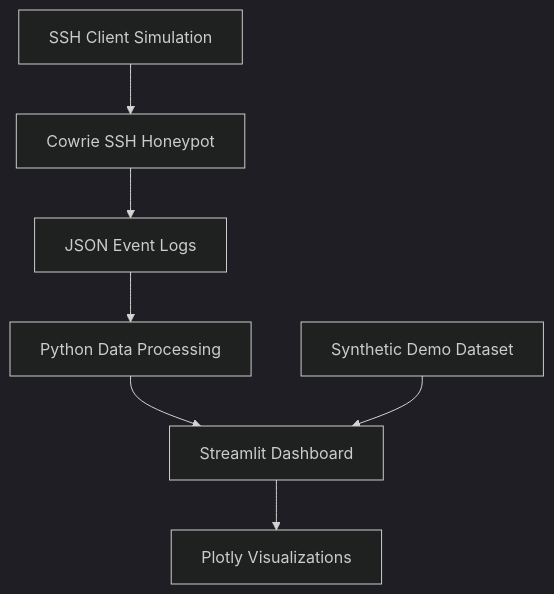
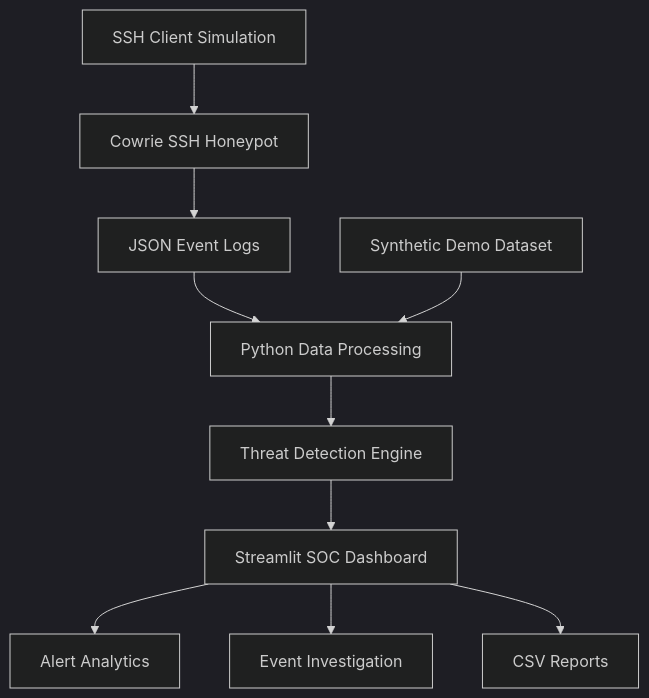
One commit to faizan69-don/cowrie-honeypot-dashboard changed the diagram in README.md. Above: the diagram before and after it, drawn with Mermaid (dark theme). The commit also changed other lines of this file, not shown here.

Commit message:
Improve project documentation and SOC feature details

````diff
--- a/README.md
+++ b/README.md
@@ -37,10 +57,13 @@
 ```mermaid
 flowchart TD
     A[SSH Client Simulation] --> B[Cowrie SSH Honeypot]
     B --> C[JSON Event Logs]
     C --> D[Python Data Processing]
-    D --> E[Streamlit Dashboard]
-    E --> F[Plotly Visualizations]
+    D --> E[Threat Detection Engine]
+    E --> F[Streamlit SOC Dashboard]
+    F --> G[Alert Analytics]
+    F --> H[Event Investigation]
+    F --> I[CSV Reports]
 
-    G[Synthetic Demo Dataset] --> E
+    J[Synthetic Demo Dataset] --> D
 ```
````
